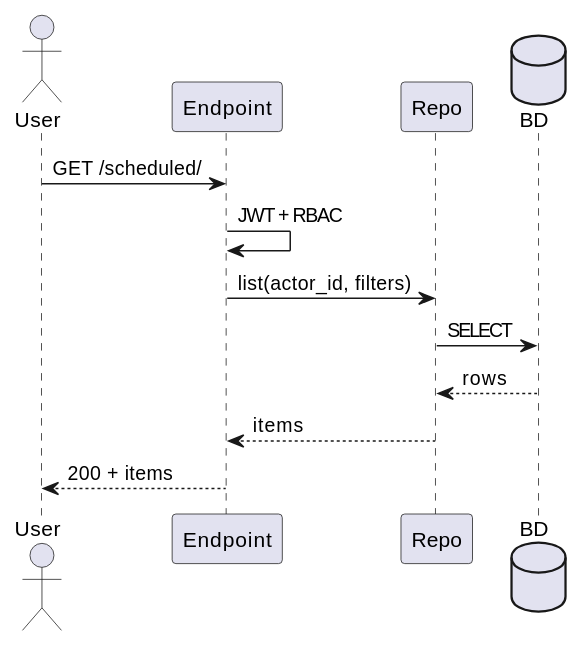
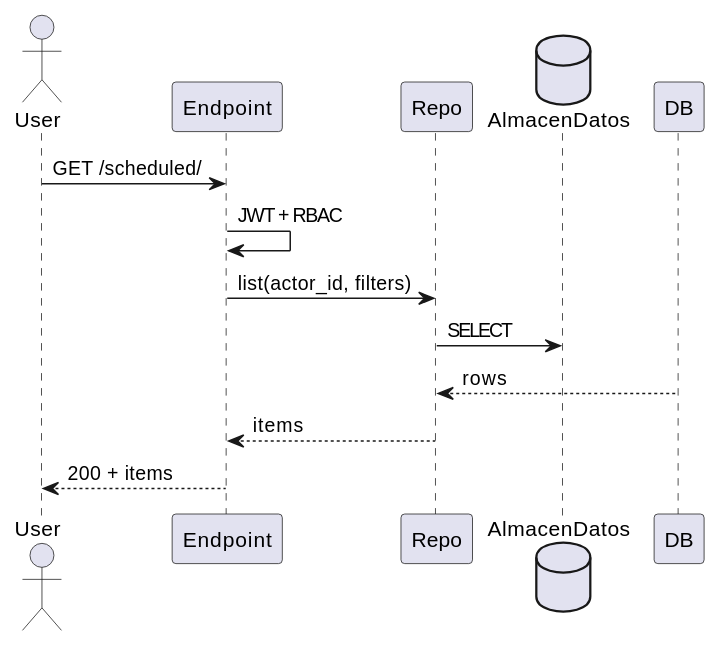
The third of 4 diagrams in source/requisitos/casos-uso/reports/uc-rpt-08/diagramas-uml.rst (jcg-admin/IACT-docs), drawn with PlantUML before and after one commit. The commit also changed other lines of this file and 79 other files, not shown here.

First line of the commit message:
Sweep cryptic aliases in UC diagramas-uml files

```diff
--- a/source/requisitos/casos-uso/reports/uc-rpt-08/diagramas-uml.rst
+++ b/source/requisitos/casos-uso/reports/uc-rpt-08/diagramas-uml.rst
@@ -53,18 +53,18 @@
 .. uml::
  :caption: UC_RPT_08 — flujo
 
  @startuml
- actor "User" as U
- participant "Endpoint" as E
- participant "Repo" as R
- database "BD" as DB
+ actor "User" as User
+ participant "Endpoint" as Endpoint
+ participant "Repo" as Repo
+ database "AlmacenDatos" as AlmacenDatos
 
- U -> E: GET /scheduled/
- E -> E: JWT + RBAC
- E -> R: list(actor_id, filters)
- R -> DB: SELECT
- DB --> R: rows
- R --> E: items
- E --> U: 200 + items
+ User -> Endpoint: GET /scheduled/
+ Endpoint -> Endpoint: JWT + RBAC
+ Endpoint -> Repo: list(actor_id, filters)
+ Repo -> AlmacenDatos: SELECT
+ DB --> Repo: rows
+ Repo --> Endpoint: items
+ Endpoint --> User: 200 + items
 
  @enduml
```
